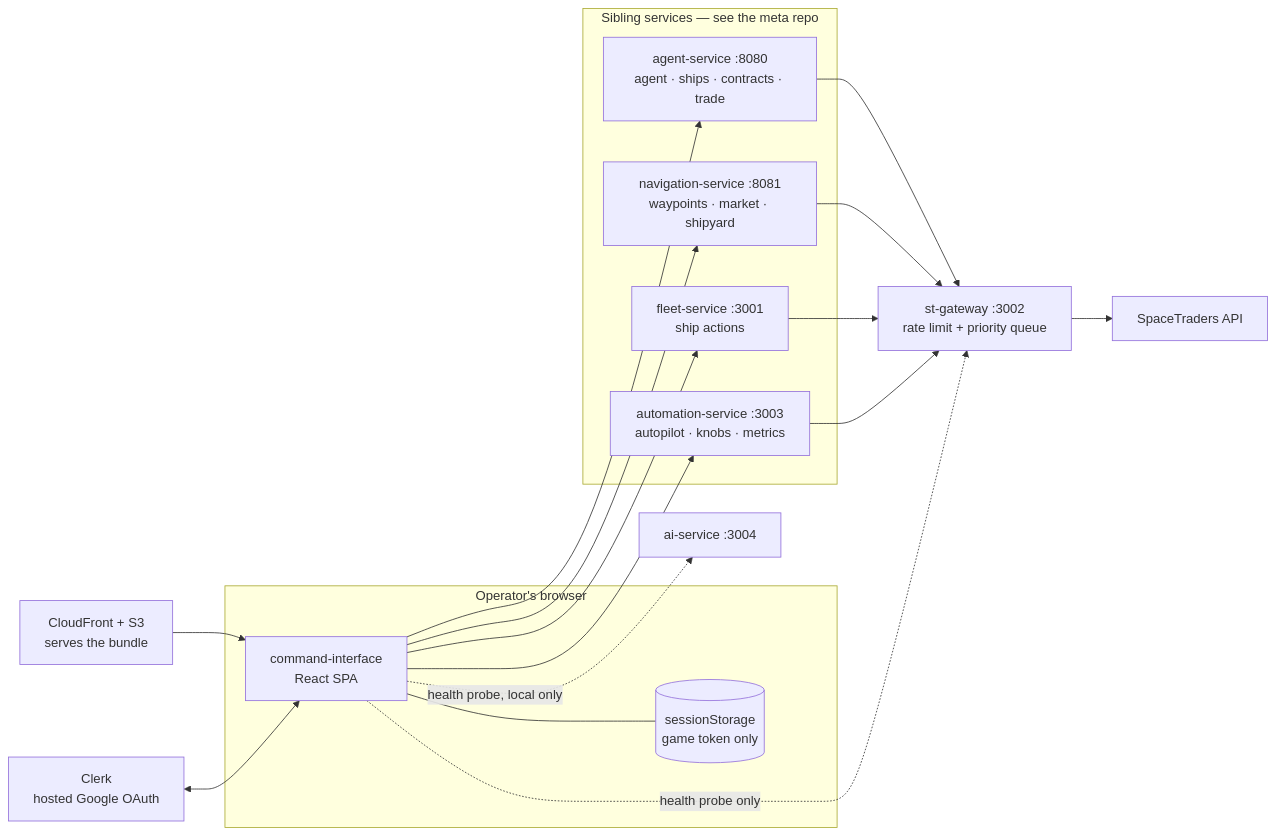
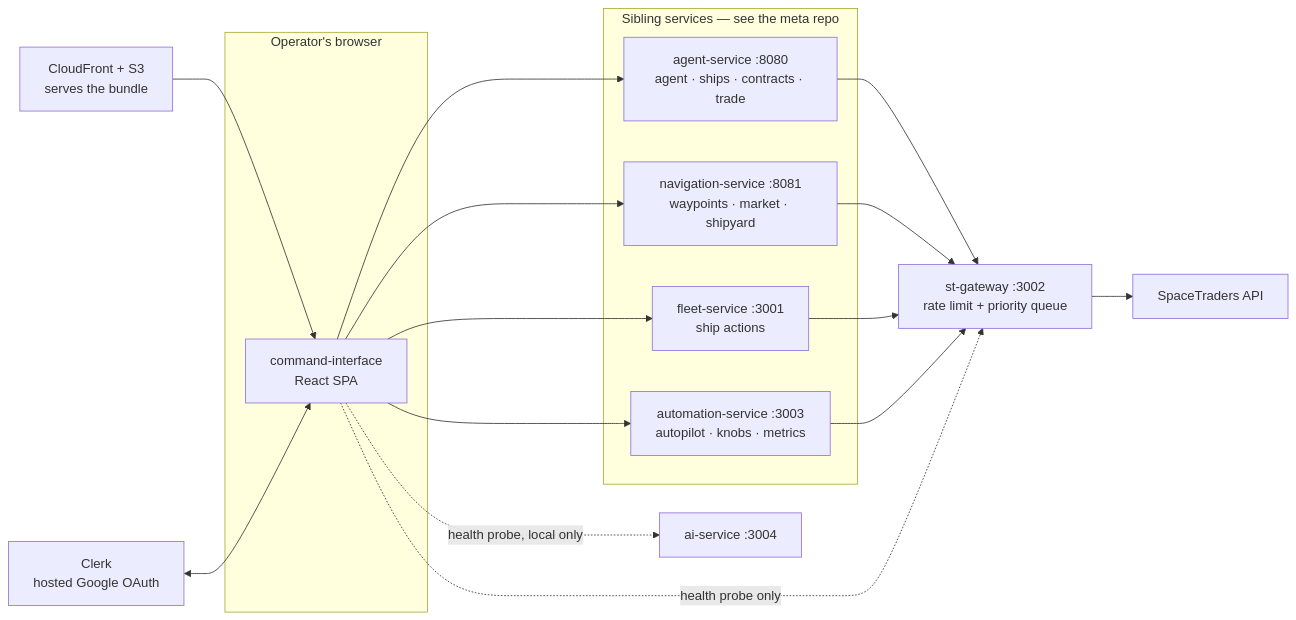
One commit to V-M-Pioneer-Trading/command-interface changed the first of 4 diagrams in README.md. Above: the diagram before and after it, drawn with Mermaid. The commit also changed other lines of this file and 23 other files, not shown here.

````diff
--- a/README.md
+++ b/README.md
@@ -23,24 +23,22 @@
 ```mermaid
 flowchart LR
     cf["CloudFront + S3<br/>serves the bundle"] --> app
     clerk["Clerk<br/>hosted Google OAuth"] <--> app
 
     subgraph browser["Operator's browser"]
         app["command-interface<br/>React SPA"]
-        store[("sessionStorage<br/>game token only")]
-        app --- store
     end
 
     subgraph backends["Sibling services — see the meta repo"]
         agent["agent-service :8080<br/>agent · ships · contracts · trade"]
         nav["navigation-service :8081<br/>waypoints · market · shipyard"]
         fleet["fleet-service :3001<br/>ship actions"]
         auto["automation-service :3003<br/>autopilot · knobs · metrics"]
     end
 
     app --> agent & nav & fleet & auto
     agent & nav & fleet & auto --> gw["st-gateway :3002<br/>rate limit + priority queue"]
     gw --> st["SpaceTraders API"]
     app -. "health probe only" .-> gw
     app -. "health probe, local only" .-> ai["ai-service :3004"]
 ```
````
